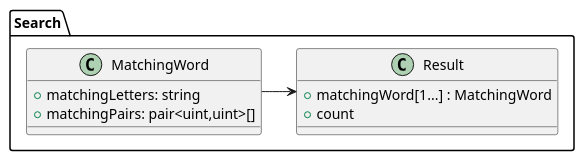
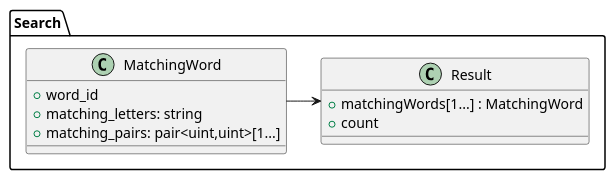
Before and after one commit to T4ng10r/PhoneticNumberSystem: the diagram in docs/plants/searching_words.pu, drawn with PlantUML. The commit also changed 2 other files, not shown here.

```diff
--- a/docs/plants/searching_words.pu
+++ b/docs/plants/searching_words.pu
@@ -1,16 +1,17 @@
 @startuml SearchResult - class diagram.png
 namespace Search {
 class Result { 
-  + matchingWord[1...] : MatchingWord
+  + matchingWords[1...] : MatchingWord
   + count
 }
 
 class MatchingWord {
-  + matchingLetters: string
-  + matchingPairs: pair<uint,uint>[]
+  + word_id
+  + matching_letters: string
+  + matching_pairs: pair<uint,uint>[1...]
 }
 
 
 MatchingWord -> Result
 }
 @enduml
```
